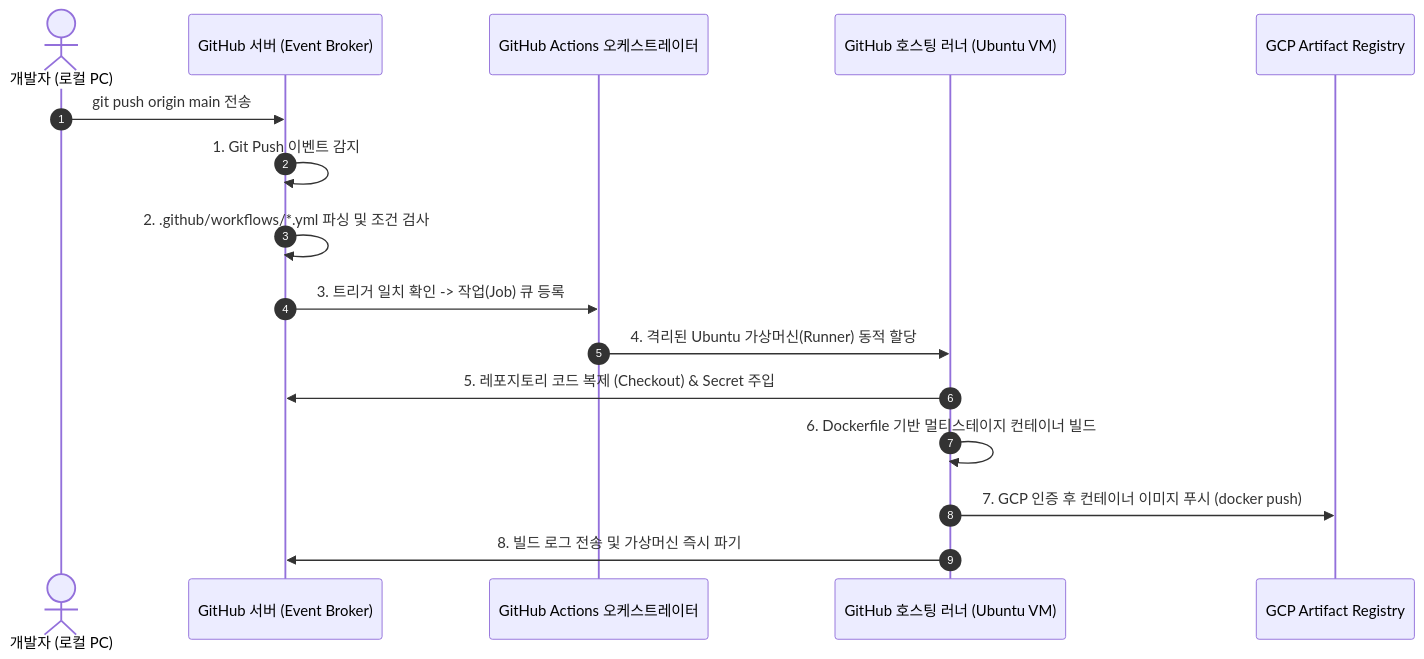
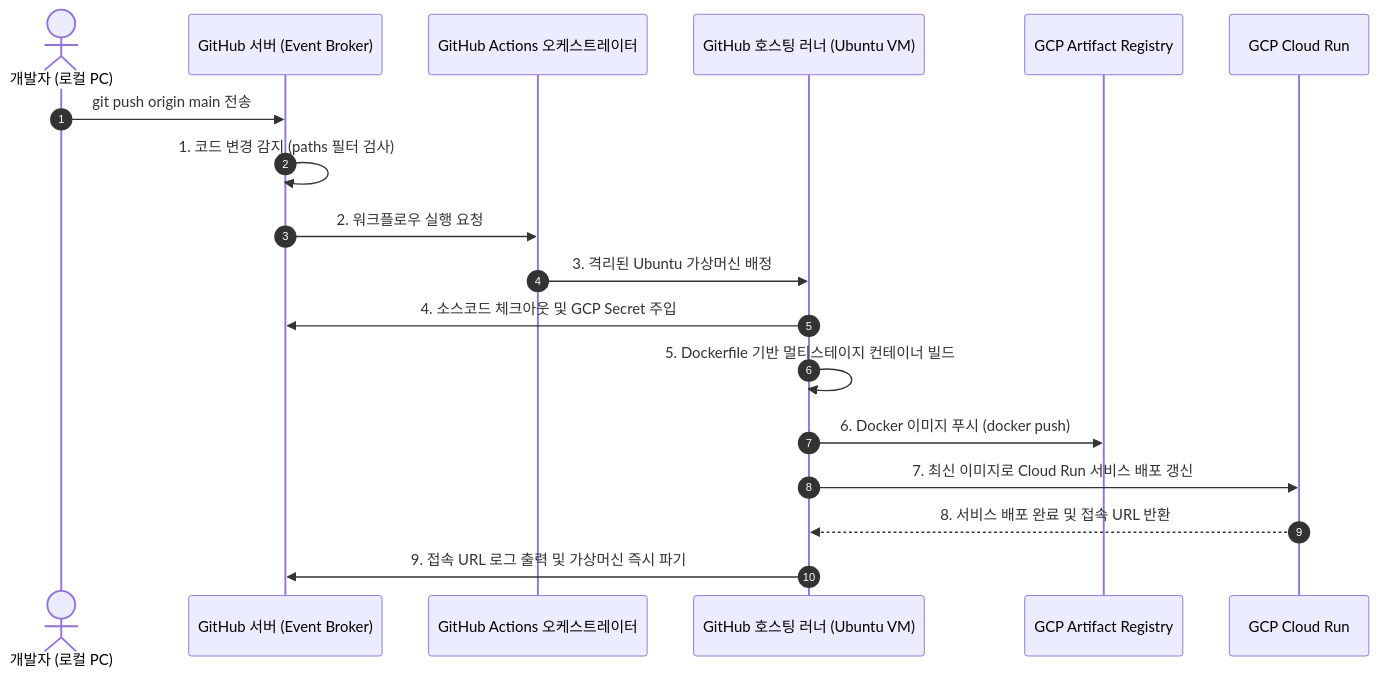
One commit to cstpeace0191/speckit-fastapi-claude changed the second of 2 diagrams in GitHubActions.md. Above: the diagram before and after it, drawn with Mermaid. The commit also changed other lines of this file and 2 other files, not shown here.

````diff
--- a/GitHubActions.md
+++ b/GitHubActions.md
@@ -39,19 +41,21 @@
 ```mermaid
 sequenceDiagram
     autonumber
     actor Dev as 개발자 (로컬 PC)
     participant GH as GitHub 서버 (Event Broker)
     participant WF as GitHub Actions 오케스트레이터
     participant Runner as GitHub 호스팅 러너 (Ubuntu VM)
-    participant GCP as GCP Artifact Registry
+    participant GAR as GCP Artifact Registry
+    participant CR as GCP Cloud Run
 
     Dev->>GH: git push origin main 전송
-    GH->>GH: 1. Git Push 이벤트 감지
-    GH->>GH: 2. .github/workflows/*.yml 파싱 및 조건 검사
-    GH->>WF: 3. 트리거 일치 확인 -> 작업(Job) 큐 등록
-    WF->>Runner: 4. 격리된 Ubuntu 가상머신(Runner) 동적 할당
-    Runner->>GH: 5. 레포지토리 코드 복제 (Checkout) & Secret 주입
-    Runner->>Runner: 6. Dockerfile 기반 멀티스테이지 컨테이너 빌드
-    Runner->>GCP: 7. GCP 인증 후 컨테이너 이미지 푸시 (docker push)
-    Runner->>GH: 8. 빌드 로그 전송 및 가상머신 즉시 파기
+    GH->>GH: 1. 코드 변경 감지 (paths 필터 검사)
+    GH->>WF: 2. 워크플로우 실행 요청
+    WF->>Runner: 3. 격리된 Ubuntu 가상머신 배정
+    Runner->>GH: 4. 소스코드 체크아웃 및 GCP Secret 주입
+    Runner->>Runner: 5. Dockerfile 기반 멀티스테이지 컨테이너 빌드
+    Runner->>GAR: 6. Docker 이미지 푸시 (docker push)
+    Runner->>CR: 7. 최신 이미지로 Cloud Run 서비스 배포 갱신
+    CR-->>Runner: 8. 서비스 배포 완료 및 접속 URL 반환
+    Runner->>GH: 9. 접속 URL 로그 출력 및 가상머신 즉시 파기
 ```
````
